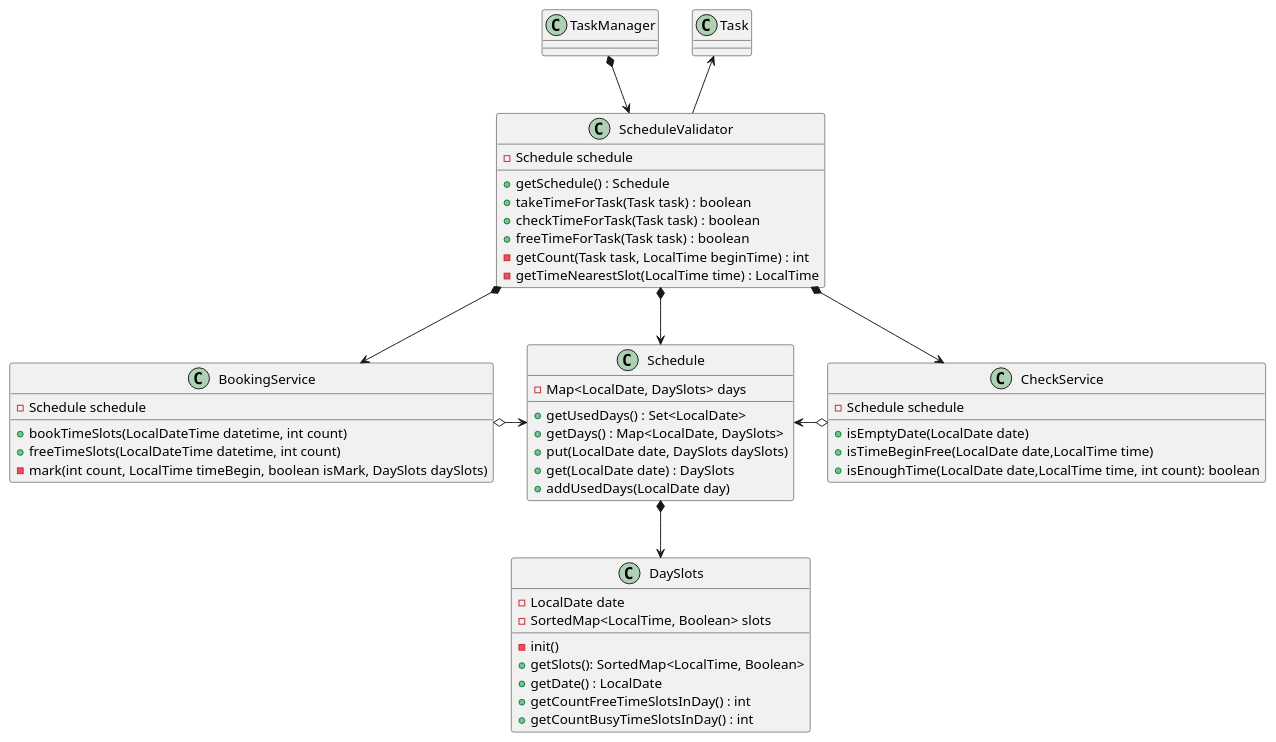
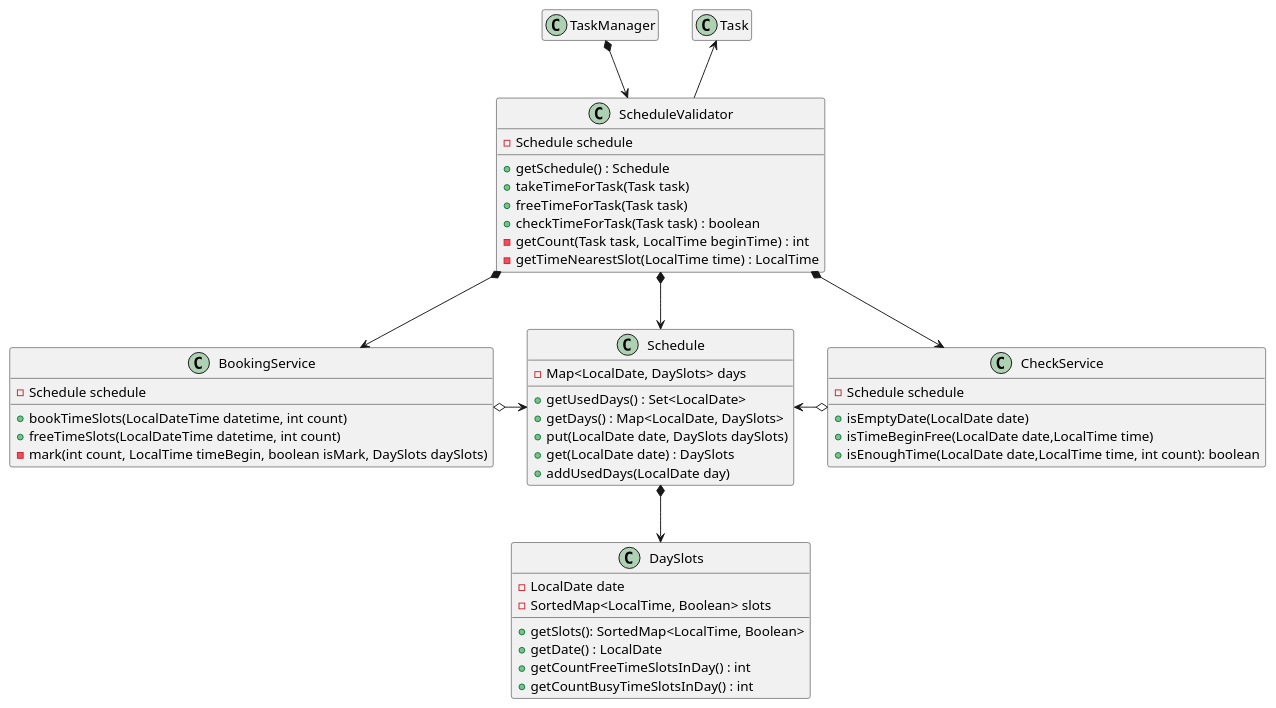
One commit to catarena-s/java-kanban changed the diagram in src/ru/yandex/practicum/kanban/managers/schadule/Shedule.puml. Above: the diagram before and after it, drawn with PlantUML. The commit also changed 56 other files, not shown here.

```diff
--- a/src/ru/yandex/practicum/kanban/managers/schadule/Shedule.puml
+++ b/src/ru/yandex/practicum/kanban/managers/schadule/Shedule.puml
@@ -1,84 +1,67 @@
 @startuml
 'https://plantuml.com/class-diagram
 class Task
 class DaySlots {
 - LocalDate date
 - SortedMap<LocalTime, Boolean> slots
--init()
 + getSlots(): SortedMap<LocalTime, Boolean>
 + getDate() : LocalDate
 + getCountFreeTimeSlotsInDay() : int
 + getCountBusyTimeSlotsInDay() : int
 }
 class Schedule {
 - Map<LocalDate, DaySlots> days
 + getUsedDays() : Set<LocalDate>
 + getDays() : Map<LocalDate, DaySlots>
 + put(LocalDate date, DaySlots daySlots)
 + get(LocalDate date) : DaySlots
 + addUsedDays(LocalDate day)
 }
 class ScheduleValidator{
 - Schedule schedule
 + getSchedule() : Schedule
-+ takeTimeForTask(Task task) : boolean
++ takeTimeForTask(Task task)
++ freeTimeForTask(Task task)
 + checkTimeForTask(Task task) : boolean
-+ freeTimeForTask(Task task) : boolean
 '+ getBusyDays() List<DaySlots>
 - getCount(Task task, LocalTime beginTime) : int
 - getTimeNearestSlot(LocalTime time) : LocalTime
 }
 'class ScheduleUtil {
 '{static} boolean PRINT_REPORT = false
 '+ print(DaySlots daySlots, boolean isPrintAll)
 ''+ printDay(ScheduleService validator, Task task, boolean isPrintAll)
 '- getEntryStream(final DaySlots daySlots, boolean isPrintAll) Optional<Stream<Map.Entry<LocalTime, Boolean>>>
 '- getStreamConsumer(int size) : Consumer<Stream<Map.Entry<LocalTime, Boolean>>>
 '}
 class BookingService{
 - Schedule schedule
 + bookTimeSlots(LocalDateTime datetime, int count)
 + freeTimeSlots(LocalDateTime datetime, int count)
 - mark(int count, LocalTime timeBegin, boolean isMark, DaySlots daySlots)
 }
 class CheckService{
 - Schedule schedule
 + isEmptyDate(LocalDate date)
 + isTimeBeginFree(LocalDate date,LocalTime time)
 + isEnoughTime(LocalDate date,LocalTime time, int count): boolean
 }
 
 'ScheduleUtil -up-> ScheduleService
 'ScheduleUtil -up-> DaySlots
 'BookingService .left.> DaySlots
 'CheckService .right.> DaySlots
 Schedule *--> DaySlots
 ScheduleValidator *--> Schedule
 ScheduleValidator *--> BookingService
 ScheduleValidator *--> CheckService
 Schedule <-right-o CheckService
 Schedule <-left-o BookingService
 
 ScheduleValidator -up-> Task
 ScheduleValidator <-up-* TaskManager
 
-
-/'List <|-- AbstractList
-Collection <|-- AbstractCollection
-
-Collection <|- List
-AbstractCollection <|- AbstractList
-AbstractList <|-- ArrayList
-
-class ArrayList {
-Object[] elementData
-size()
-}
-
-enum TimeUnit {
-DAYS
-HOURS
-MINUTES
-}'/
+hide Task members
+hide TaskManager members
 
 @enduml
```
